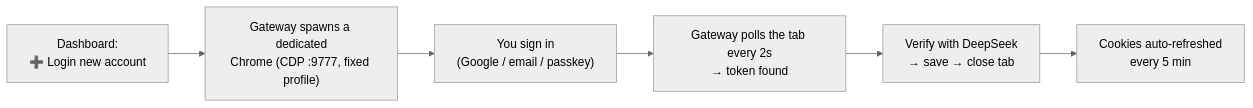
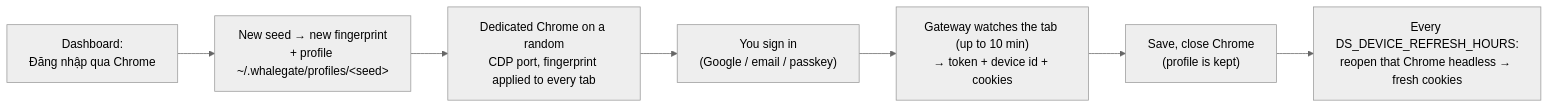
The fifth of 11 diagrams in README.md (RuriMeiko/whalegate), drawn with Mermaid (neutral theme) before and after one commit. The commit also changed other lines of this file and 10 other files, not shown here.

````diff
--- a/README.md
+++ b/README.md
@@ -201,8 +236,9 @@
 ```mermaid
 flowchart LR
-    A["Dashboard:<br/>➕ Login new account"] --> B["Gateway spawns a dedicated<br/>Chrome (CDP :9777, fixed profile)"]
-    B --> C["You sign in<br/>(Google / email / passkey)"]
-    C --> D["Gateway polls the tab every 2s<br/>→ token found"]
-    D --> E["Verify with DeepSeek<br/>→ save → close tab"]
-    E --> F["Cookies auto-refreshed<br/>every 5 min"]
+    A["Dashboard:<br/>Đăng nhập qua Chrome"] --> B["New seed → new fingerprint<br/>+ profile ~/.whalegate/profiles/&lt;seed&gt;"]
+    B --> C["Dedicated Chrome on a random<br/>CDP port, fingerprint applied to every tab"]
+    C --> D["You sign in<br/>(Google / email / passkey)"]
+    D --> E["Gateway watches the tab (up to 10 min)<br/>→ token + device id + cookies"]
+    E --> F["Save, close Chrome<br/>(profile is kept)"]
+    F --> G["Every DS_DEVICE_REFRESH_HOURS:<br/>reopen that Chrome headless → fresh cookies"]
 ```
````
